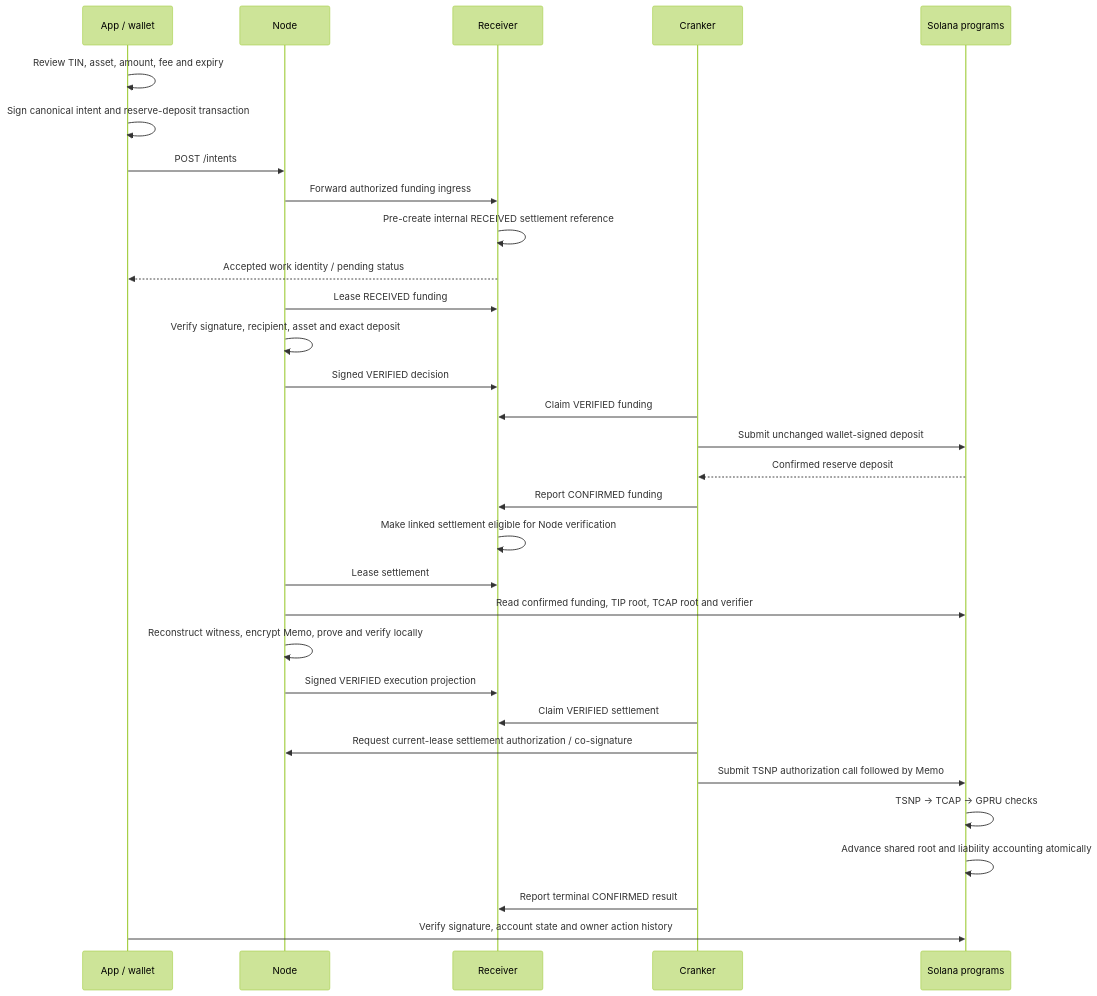
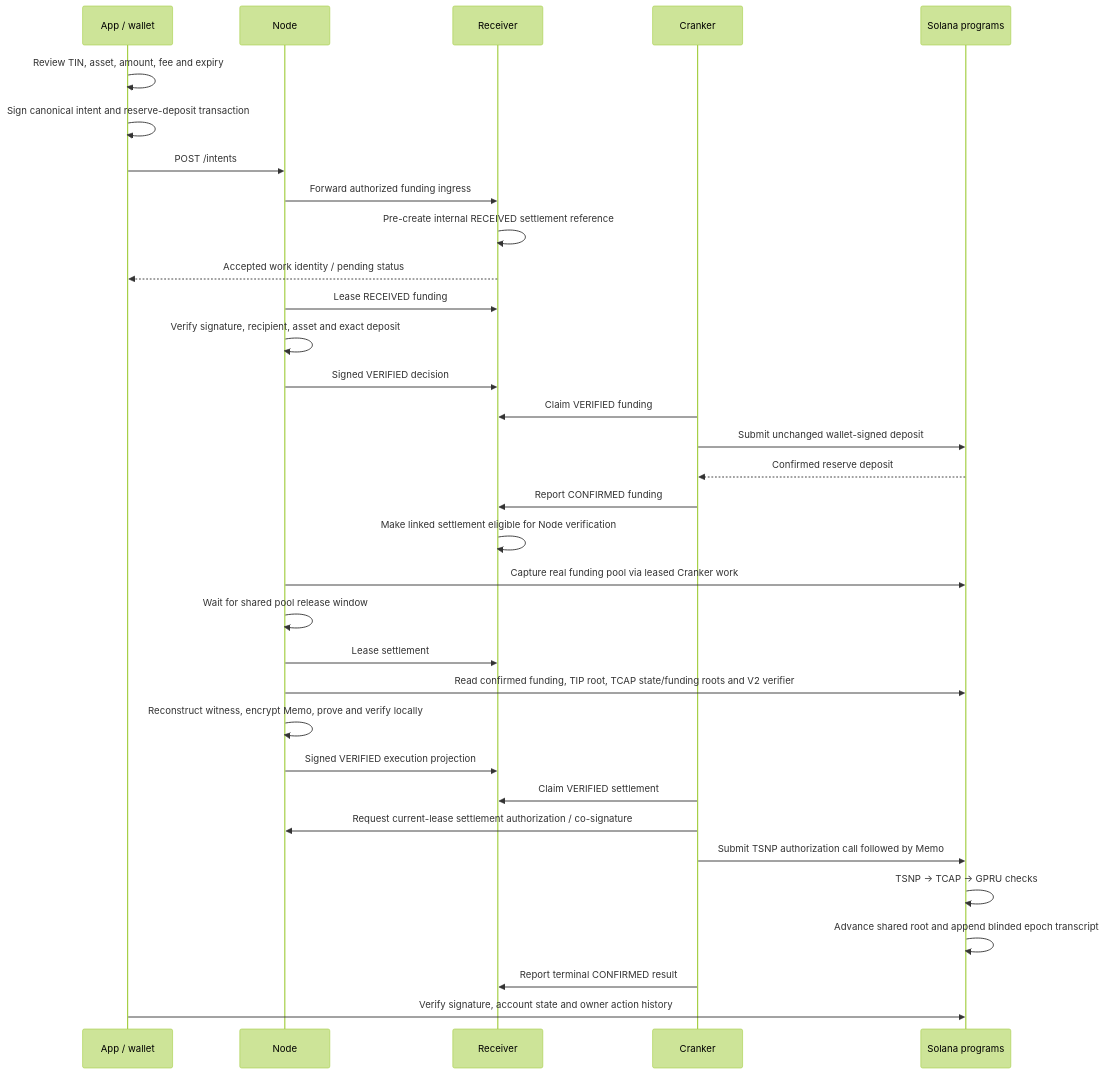
Before and after one commit to bigdreamsweb3/trustlink-pay: the second of 2 diagrams in docs/laboratory/architecture-map.md, drawn with Mermaid (forest theme). The commit also changed other lines of this file and 232 other files, not shown here.

````diff
--- a/docs/laboratory/architecture-map.md
+++ b/docs/laboratory/architecture-map.md
@@ -38,33 +41,35 @@
 ```mermaid
 sequenceDiagram
   participant A as App / wallet
   participant N as Node
   participant R as Receiver
   participant C as Cranker
   participant P as Solana programs
   A->>A: Review TIN, asset, amount, fee and expiry
   A->>A: Sign canonical intent and reserve-deposit transaction
   A->>N: POST /intents
   N->>R: Forward authorized funding ingress
   R->>R: Pre-create internal RECEIVED settlement reference
   R-->>A: Accepted work identity / pending status
   N->>R: Lease RECEIVED funding
   N->>N: Verify signature, recipient, asset and exact deposit
   N->>R: Signed VERIFIED decision
   C->>R: Claim VERIFIED funding
   C->>P: Submit unchanged wallet-signed deposit
   P-->>C: Confirmed reserve deposit
   C->>R: Report CONFIRMED funding
   R->>R: Make linked settlement eligible for Node verification
+  N->>P: Capture real funding pool via leased Cranker work
+  N->>N: Wait for shared pool release window
   N->>R: Lease settlement
-  N->>P: Read confirmed funding, TIP root, TCAP root and verifier
+  N->>P: Read confirmed funding, TIP root, TCAP state/funding roots and V2 verifier
   N->>N: Reconstruct witness, encrypt Memo, prove and verify locally
   N->>R: Signed VERIFIED execution projection
   C->>R: Claim VERIFIED settlement
   C->>N: Request current-lease settlement authorization / co-signature
   C->>P: Submit TSNP authorization call followed by Memo
   P->>P: TSNP -> TCAP -> GPRU checks
-  P->>P: Advance shared root and liability accounting atomically
+  P->>P: Advance shared root and append blinded epoch transcript
   C->>R: Report terminal CONFIRMED result
   A->>P: Verify signature, account state and owner action history
 ```
````
